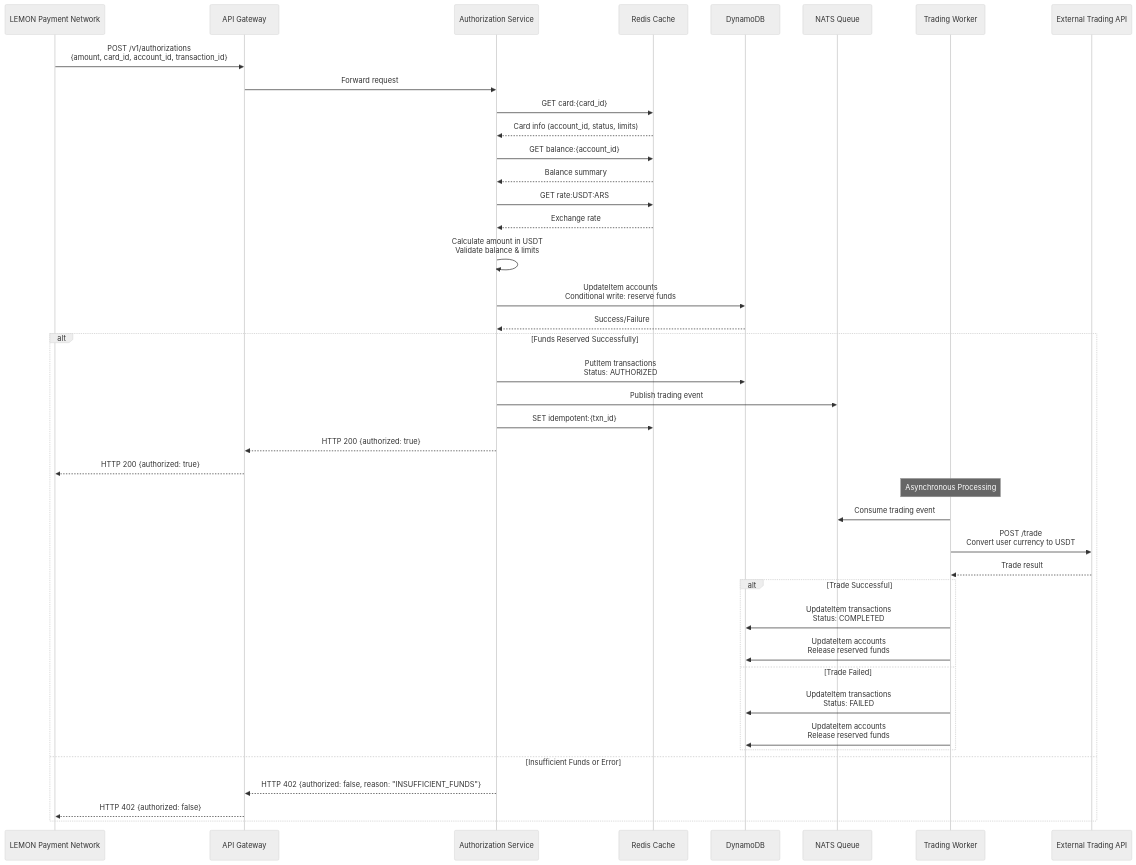
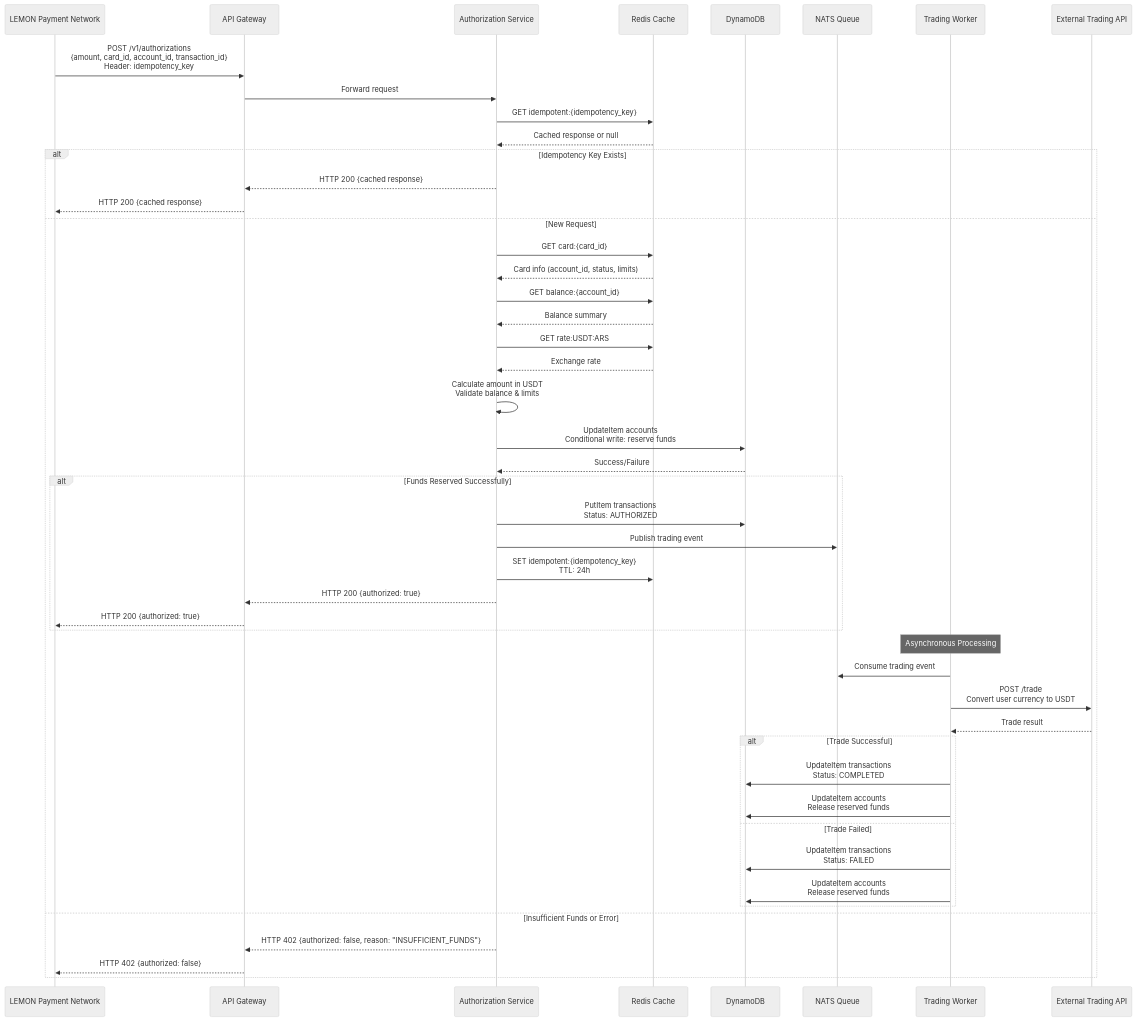
Before and after one commit to pablitopm/lemon-challenge: the first of 4 diagrams in DIAGRAMS.md, drawn with Mermaid (neutral theme). The commit also changed other lines of this file and 2 other files, not shown here.

````diff
--- a/DIAGRAMS.md
+++ b/DIAGRAMS.md
@@ -5,53 +5,61 @@
 ```mermaid
 sequenceDiagram
     participant LEMON as LEMON Payment Network
     participant API as API Gateway
     participant Auth as Authorization Service
     participant Redis as Redis Cache
     participant DynamoDB as DynamoDB
     participant NATS as NATS Queue
     participant Worker as Trading Worker
     participant Trading as External Trading API
 
-    LEMON->>API: POST /v1/authorizations<br/>{amount, card_id, account_id, transaction_id}
+    LEMON->>API: POST /v1/authorizations<br/>{amount, card_id, account_id, transaction_id}<br/>Header: idempotency_key
     API->>Auth: Forward request
     
-    Auth->>Redis: GET card:{card_id}
+    Auth->>Redis: GET idempotent:{idempotency_key}
+    Redis-->>Auth: Cached response or null
+    
+    alt Idempotency Key Exists
+        Auth-->>API: HTTP 200 {cached response}
+        API-->>LEMON: HTTP 200 {cached response}
+    else New Request
+        Auth->>Redis: GET card:{card_id}
     Redis-->>Auth: Card info (account_id, status, limits)
     
     Auth->>Redis: GET balance:{account_id}
     Redis-->>Auth: Balance summary
     
     Auth->>Redis: GET rate:USDT:ARS
     Redis-->>Auth: Exchange rate
     
     Auth->>Auth: Calculate amount in USDT<br/>Validate balance & limits
     
     Auth->>DynamoDB: UpdateItem accounts<br/>Conditional write: reserve funds
     DynamoDB-->>Auth: Success/Failure
     
     alt Funds Reserved Successfully
         Auth->>DynamoDB: PutItem transactions<br/>Status: AUTHORIZED
         Auth->>NATS: Publish trading event
-        Auth->>Redis: SET idempotent:{txn_id}
+        Auth->>Redis: SET idempotent:{idempotency_key}<br/>TTL: 24h
         Auth-->>API: HTTP 200 {authorized: true}
         API-->>LEMON: HTTP 200 {authorized: true}
+    end
         
         Note over Worker: Asynchronous Processing
         Worker->>NATS: Consume trading event
         Worker->>Trading: POST /trade<br/>Convert user currency to USDT
         Trading-->>Worker: Trade result
         
         alt Trade Successful
             Worker->>DynamoDB: UpdateItem transactions<br/>Status: COMPLETED
             Worker->>DynamoDB: UpdateItem accounts<br/>Release reserved funds
         else Trade Failed
             Worker->>DynamoDB: UpdateItem transactions<br/>Status: FAILED
             Worker->>DynamoDB: UpdateItem accounts<br/>Release reserved funds
         end
         
     else Insufficient Funds or Error
         Auth-->>API: HTTP 402 {authorized: false, reason: "INSUFFICIENT_FUNDS"}
         API-->>LEMON: HTTP 402 {authorized: false}
     end
 ```
````
